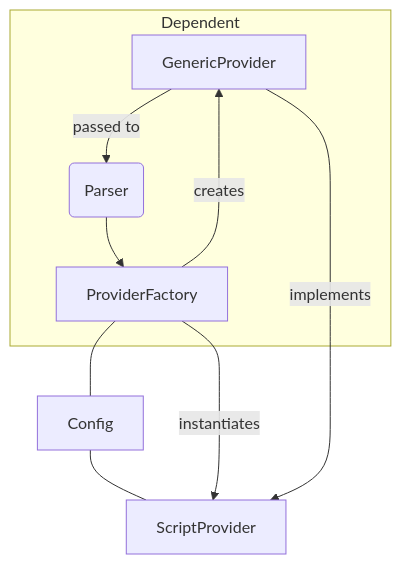
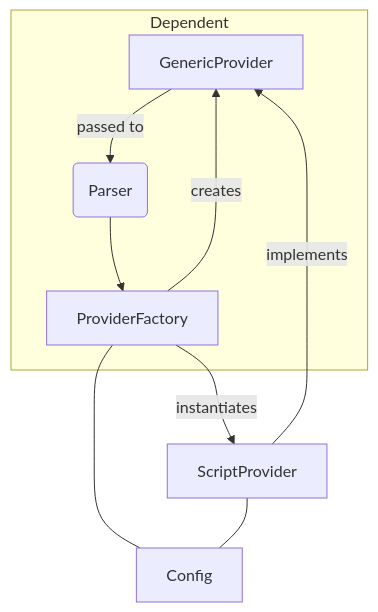
One commit to inflamously/pylaunch changed the eighth of 8 diagrams in pylaunch.md. Above: the diagram before and after it, drawn with Mermaid.

Commit message:
docs(backend): another day another small issue fix.

````diff
--- a/pylaunch.md
+++ b/pylaunch.md
@@ -104,15 +104,16 @@
 ```mermaid
 graph TB
 	subgraph Dependent
         GenericProvider
         parser(Parser)
 		ProviderFactory
 	end
 	parser --> ProviderFactory
-	ProviderFactory --- Config --- ScriptProvider
+	ProviderFactory --- Config
+	ScriptProvider --- Config
 	ProviderFactory -- instantiates --> ScriptProvider
 	ProviderFactory -- creates --> GenericProvider
 	GenericProvider -- passed to --> parser
-	GenericProvider -- implements --> ScriptProvider
+	ScriptProvider -- implements --> GenericProvider
 	
 ```
````
